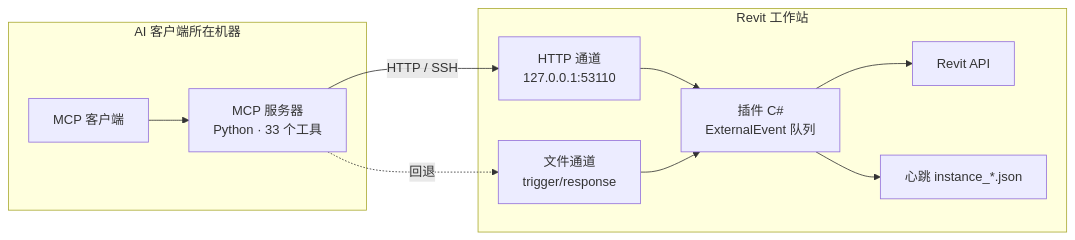
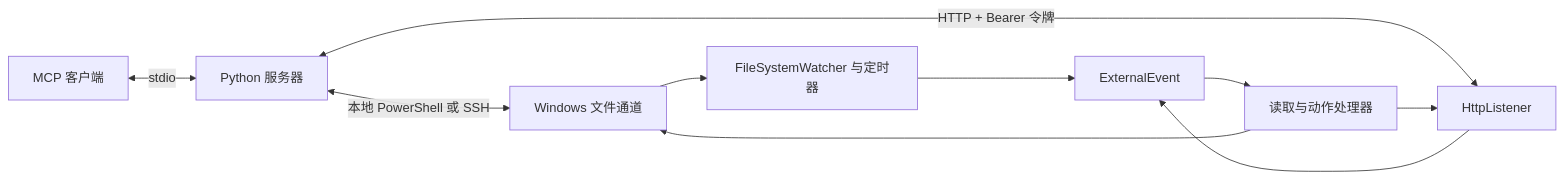
One commit to vibe-bimer/revit-model-mcp changed the diagram in docs/architecture.md. Above: the diagram before and after it, drawn with Mermaid. The commit also changed other lines of this file and 29 other files, not shown here.

````diff
--- a/docs/architecture.md
+++ b/docs/architecture.md
@@ -6,14 +16,12 @@
 ```mermaid
 flowchart LR
-    subgraph Client["AI 客户端所在机器"]
-        C[MCP 客户端] --> S[MCP 服务器<br/>Python · 33 个工具]
-    end
-    subgraph Host["Revit 工作站"]
-        A[插件 C#<br/>ExternalEvent 队列] --> R[Revit API]
-        H[HTTP 通道<br/>127.0.0.1:53110] --> A
-        F[文件通道<br/>trigger/response] --> A
-        A --> HB[心跳 instance_*.json]
-    end
-    S -- "HTTP / SSH" --> H
-    S -. "回退" .-> F
+    Client[MCP 客户端] <-->|stdio| Server[Python 服务器]
+    Server <-->|本地 PowerShell 或 SSH| Files[Windows 文件通道]
+    Files --> Watcher[FileSystemWatcher 与定时器]
+    Watcher --> Event[ExternalEvent]
+    Server <-->|HTTP + Bearer 令牌| HTTP[HttpListener]
+    HTTP --> Event
+    Event --> Handler[读取与动作处理器]
+    Handler --> Files
+    Handler --> HTTP
 ```
````
